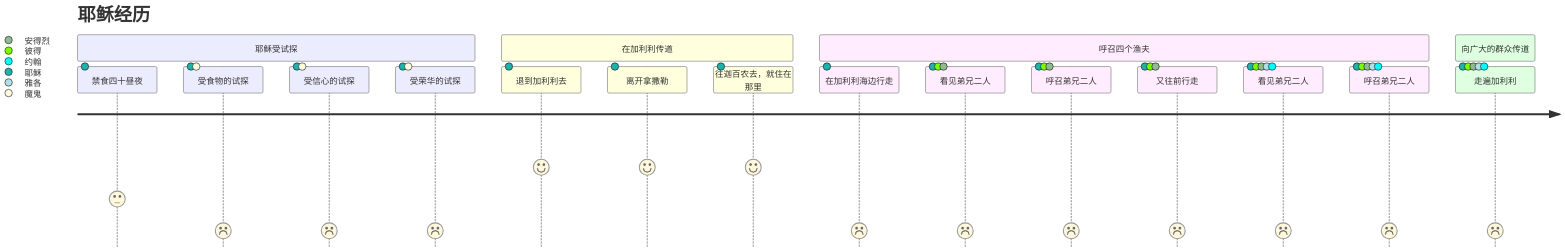
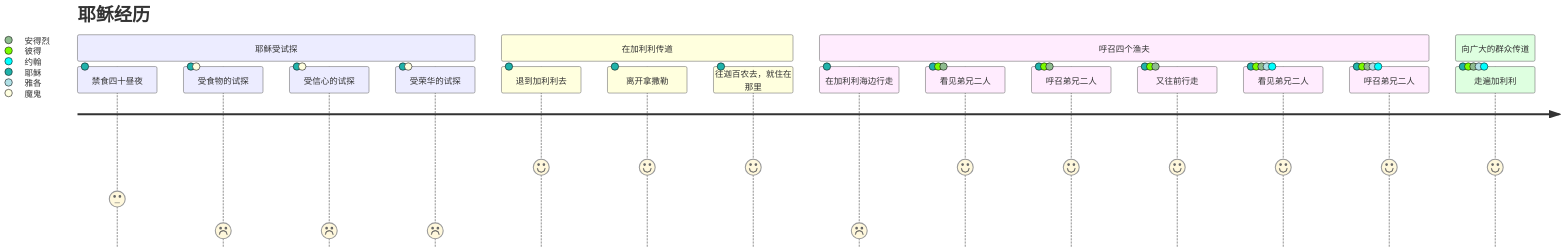
One commit to whysolution/bible_reading changed the third of 3 diagrams in Matthew.md. Above: the diagram before and after it, drawn with Mermaid.

````diff
--- a/Matthew.md
+++ b/Matthew.md
@@ -182,22 +182,22 @@
 ```mermaid
 journey
     title 耶稣经历
     section 耶稣受试探
       禁食四十昼夜: 3: 耶稣
       受食物的试探: 1: 耶稣, 魔鬼
       受信心的试探: 1: 耶稣, 魔鬼
       受荣华的试探: 1: 耶稣, 魔鬼
     section 在加利利传道
       退到加利利去: 5: 耶稣
       离开拿撒勒: 5: 耶稣
       往迦百农去，就住在那里: 5: 耶稣
     section 呼召四个渔夫
       在加利利海边行走: 1: 耶稣
-      看见弟兄二人: 1: 耶稣, 彼得, 安得烈
-      呼召弟兄二人: 1: 耶稣, 彼得, 安得烈
-      又往前行走: 1: 耶稣, 彼得, 安得烈
-      看见弟兄二人: 1: 耶稣, 彼得, 安得烈, 雅各, 约翰
-      呼召弟兄二人: 1: 耶稣, 彼得, 安得烈, 雅各, 约翰
+      看见弟兄二人: 5: 耶稣, 彼得, 安得烈
+      呼召弟兄二人: 5: 耶稣, 彼得, 安得烈
+      又往前行走: 5: 耶稣, 彼得, 安得烈
+      看见弟兄二人: 5: 耶稣, 彼得, 安得烈, 雅各, 约翰
+      呼召弟兄二人: 5: 耶稣, 彼得, 安得烈, 雅各, 约翰
     section 向广大的群众传道
-      走遍加利利: 1: 耶稣, 彼得, 安得烈, 雅各, 约翰
+      走遍加利利: 5: 耶稣, 彼得, 安得烈, 雅各, 约翰
 ```
````
